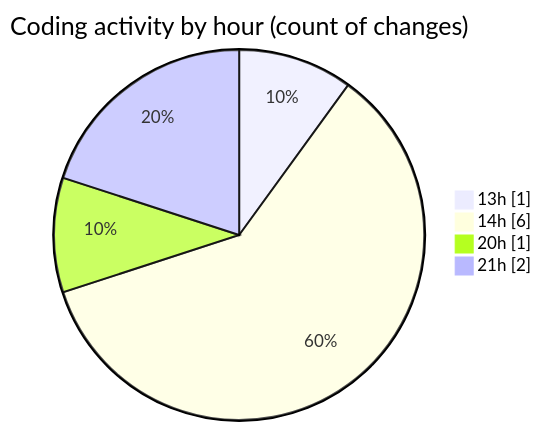
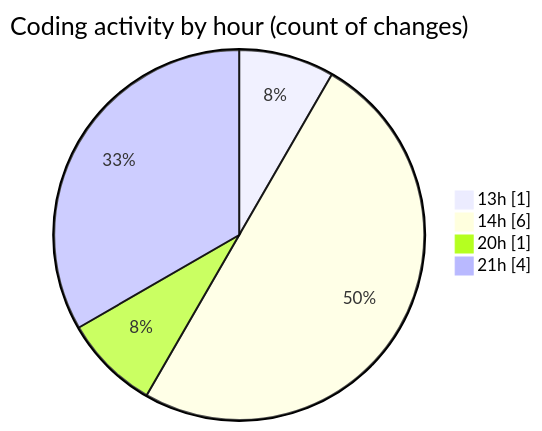
One commit to donsfak/code-tracking changed the second of 2 diagrams in 2025-01-08/maps_clone/README.md. Above: the diagram before and after it, drawn with Mermaid. The commit also changed other lines of this file and 1 other file, not shown here.

````diff
--- a/2025-01-08/maps_clone/README.md
+++ b/2025-01-08/maps_clone/README.md
@@ -30,8 +32,8 @@
 ```mermaid
 pie showData
 title Coding activity by hour (count of changes)
 "13h" : 1
 "14h" : 6
 "20h" : 1
-"21h" : 2
+"21h" : 4
 ```
````
